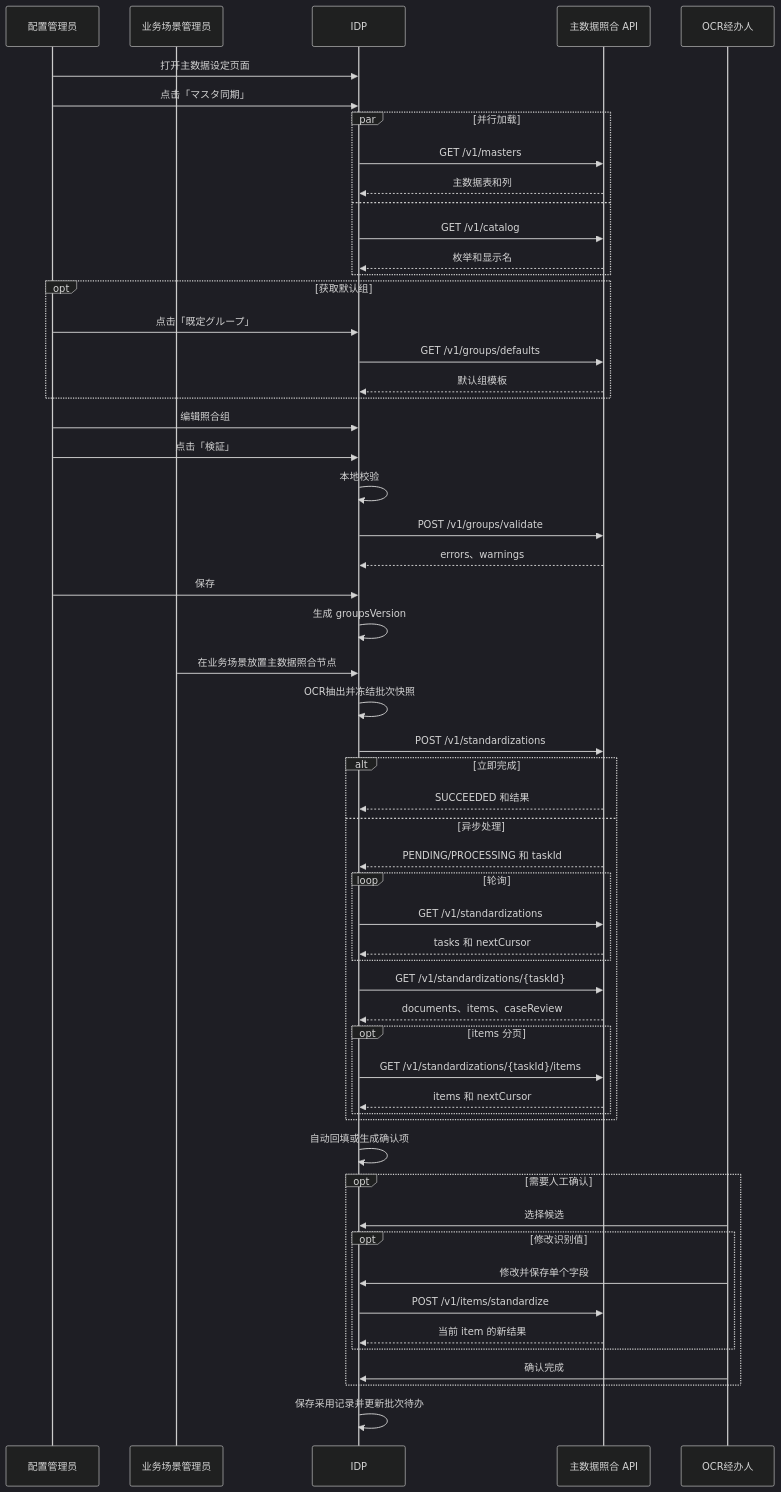
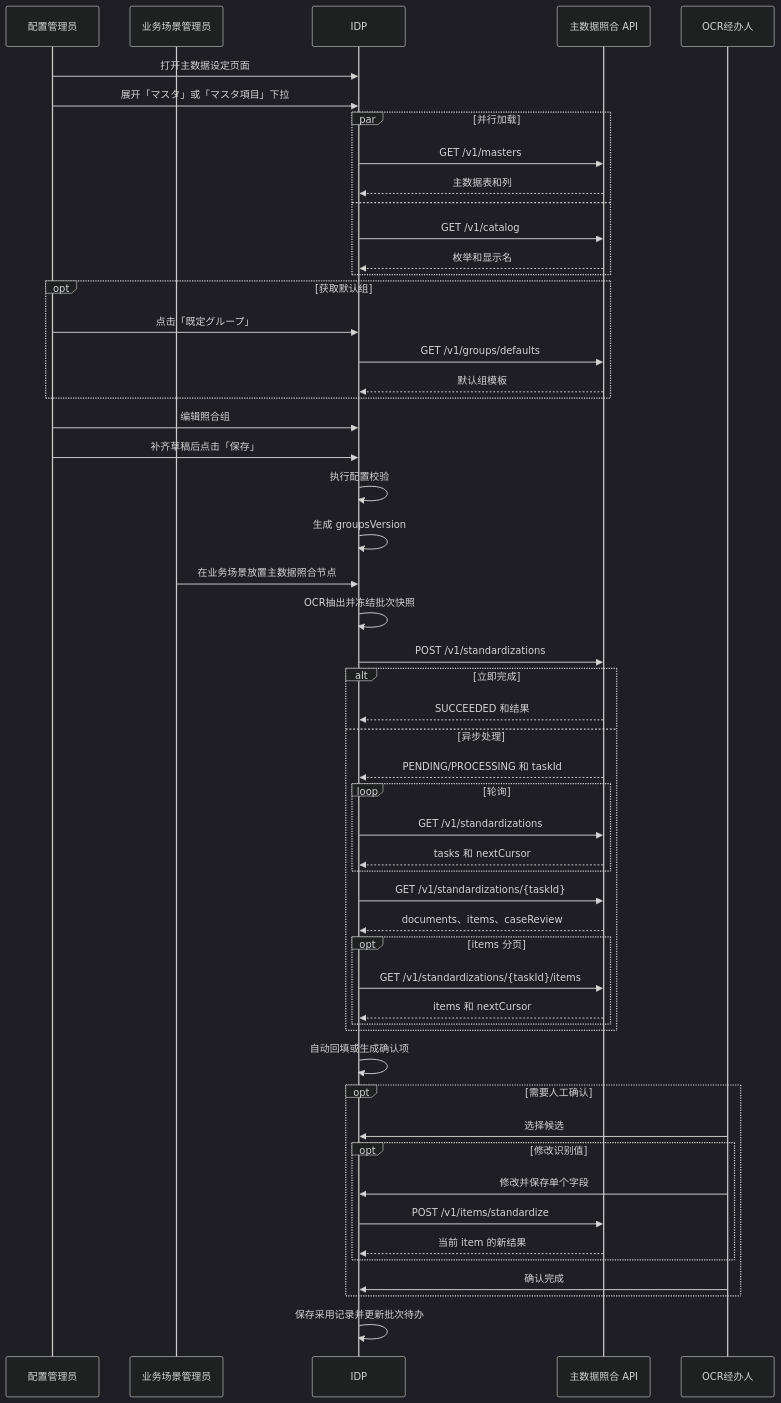
Before and after one commit to aruirage/IDP-Ph4-Master-Demo-PRD: the sixth of 6 diagrams in interaction-prd/NeosAI-IDP-四期需求-workspace/prd/chapter-05.md, drawn with Mermaid (dark theme). The commit also changed other lines of this file and 8 other files, not shown here.

````diff
--- a/interaction-prd/NeosAI-IDP-四期需求-workspace/prd/chapter-05.md
+++ b/interaction-prd/NeosAI-IDP-四期需求-workspace/prd/chapter-05.md
@@ -796,60 +809,57 @@
 ```mermaid
 sequenceDiagram
     participant Admin as 配置管理员
     participant Scene as 业务场景管理员
     participant IDP as IDP
     participant API as 主数据照合 API
     participant User as OCR经办人
 
     Admin->>IDP: 打开主数据设定页面
-    Admin->>IDP: 点击「マスタ同期」
+    Admin->>IDP: 展开「マスタ」或「マスタ項目」下拉
     par 并行加载
         IDP->>API: GET /v1/masters
         API-->>IDP: 主数据表和列
     and
         IDP->>API: GET /v1/catalog
         API-->>IDP: 枚举和显示名
     end
     opt 获取默认组
         Admin->>IDP: 点击「既定グループ」
         IDP->>API: GET /v1/groups/defaults
         API-->>IDP: 默认组模板
     end
     Admin->>IDP: 编辑照合组
-    Admin->>IDP: 点击「検証」
-    IDP->>IDP: 本地校验
-    IDP->>API: POST /v1/groups/validate
-    API-->>IDP: errors、warnings
-    Admin->>IDP: 保存
+    Admin->>IDP: 补齐草稿后点击「保存」
+    IDP->>IDP: 执行配置校验
     IDP->>IDP: 生成 groupsVersion
 
     Scene->>IDP: 在业务场景放置主数据照合节点
     IDP->>IDP: OCR抽出并冻结批次快照
     IDP->>API: POST /v1/standardizations
     alt 立即完成
         API-->>IDP: SUCCEEDED 和结果
     else 异步处理
         API-->>IDP: PENDING/PROCESSING 和 taskId
         loop 轮询
             IDP->>API: GET /v1/standardizations
             API-->>IDP: tasks 和 nextCursor
         end
         IDP->>API: GET /v1/standardizations/{taskId}
         API-->>IDP: documents、items、caseReview
         opt items 分页
             IDP->>API: GET /v1/standardizations/{taskId}/items
             API-->>IDP: items 和 nextCursor
         end
     end
     IDP->>IDP: 自动回填或生成确认项
     opt 需要人工确认
         User->>IDP: 选择候选
         opt 修改识别值
             User->>IDP: 修改并保存单个字段
             IDP->>API: POST /v1/items/standardize
             API-->>IDP: 当前 item 的新结果
         end
         User->>IDP: 确认完成
     end
     IDP->>IDP: 保存采用记录并更新批次待办
 ```
````
